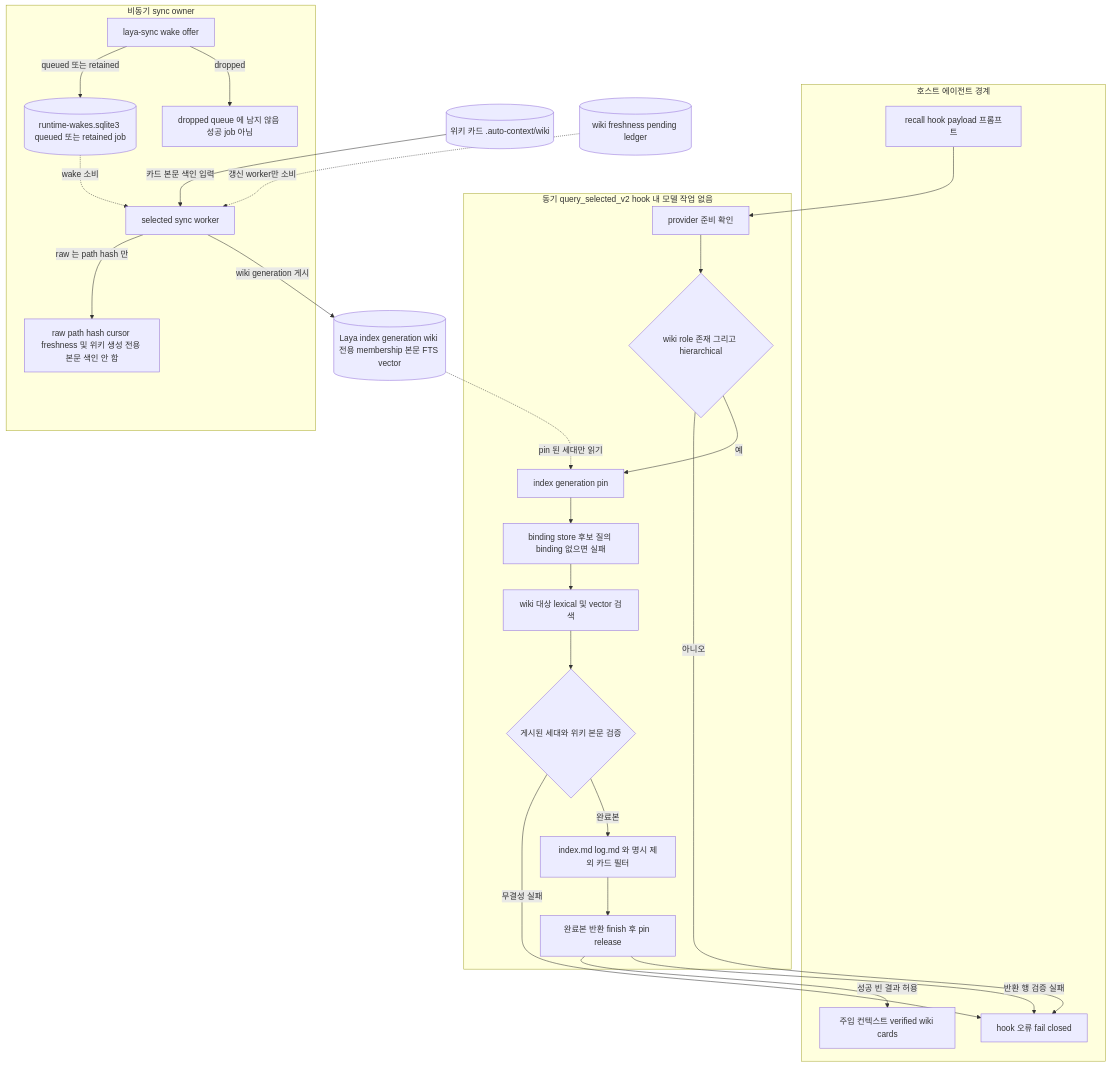
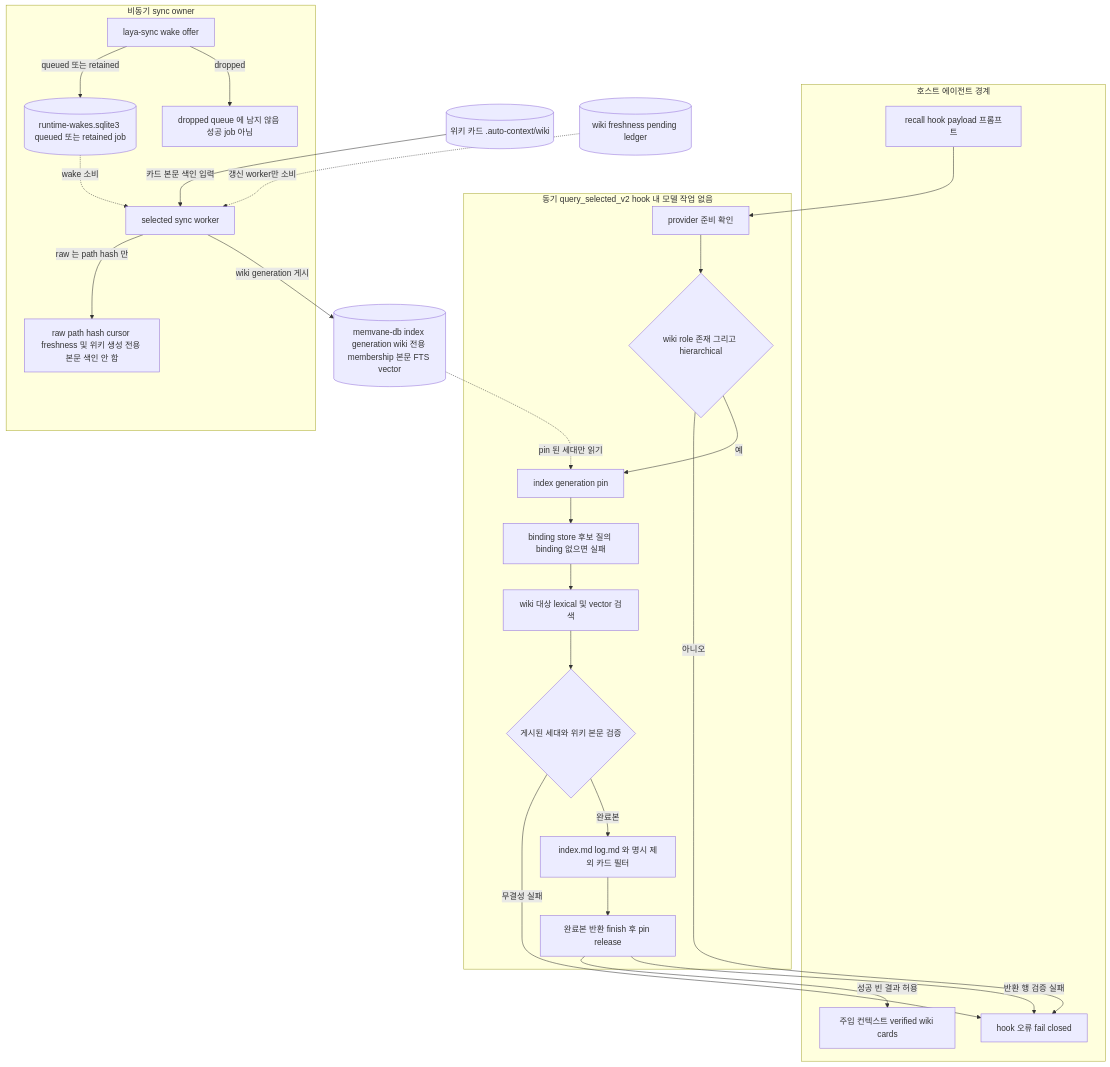
One commit to zbdulee/memvane changed the diagram in docs/architecture/flows/03-wiki-index-search.md. Above: the diagram before and after it, drawn with Mermaid. The commit also changed 105 other files, not shown here.

````diff
--- a/docs/architecture/flows/03-wiki-index-search.md
+++ b/docs/architecture/flows/03-wiki-index-search.md
@@ -13,49 +13,49 @@
 ```mermaid
 flowchart TD
   subgraph HOST["호스트 에이전트 경계"]
     UP["recall hook payload 프롬프트"]
     CTX["주입 컨텍스트 verified wiki cards"]
     ERR["hook 오류 fail closed"]
   end
   subgraph Q["동기 query_selected_v2 hook 내 모델 작업 없음"]
     PV["provider 준비 확인"]
     WR{"wiki role 존재 그리고 hierarchical"}
     PN["index generation pin"]
     CB["binding store 후보 질의 binding 없으면 실패"]
     PH["wiki 대상 lexical 및 vector 검색"]
     PD{"게시된 세대와 위키 본문 검증"}
     FT["index.md log.md 와 명시 제외 카드 필터"]
     DV["완료본 반환 finish 후 pin release"]
   end
   subgraph ASY["비동기 sync owner"]
     WK["laya-sync wake offer"]
     WQ[("runtime-wakes.sqlite3 queued 또는 retained job")]
     DR["dropped queue 에 남지 않음 성공 job 아님"]
     SW["selected sync worker"]
     RS["raw path hash cursor freshness 및 위키 생성 전용 본문 색인 안 함"]
   end
-  IX[("Laya index generation wiki 전용 membership 본문 FTS vector")]
+  IX[("memvane-db index generation wiki 전용 membership 본문 FTS vector")]
   WC[("위키 카드 .auto-context/wiki")]
   PL[("wiki freshness pending ledger")]
 
   UP --> PV
   PV --> WR
   WR -->|"아니오"| ERR
   WR -->|"예"| PN
   PN --> CB
   CB --> PH
   PH --> PD
   IX -.->|"pin 된 세대만 읽기"| PN
   PL -.->|"갱신 worker만 소비"| SW
   PD -->|"무결성 실패"| ERR
   PD -->|"완료본"| FT
   FT --> DV
   DV -->|"성공 빈 결과 허용"| CTX
   DV -->|"반환 행 검증 실패"| ERR
   WK -->|"queued 또는 retained"| WQ
   WK -->|"dropped"| DR
   WQ -.->|"wake 소비"| SW
   WC -->|"카드 본문 색인 입력"| SW
   SW -->|"raw 는 path hash 만"| RS
   SW -->|"wiki generation 게시"| IX
 ```
````
